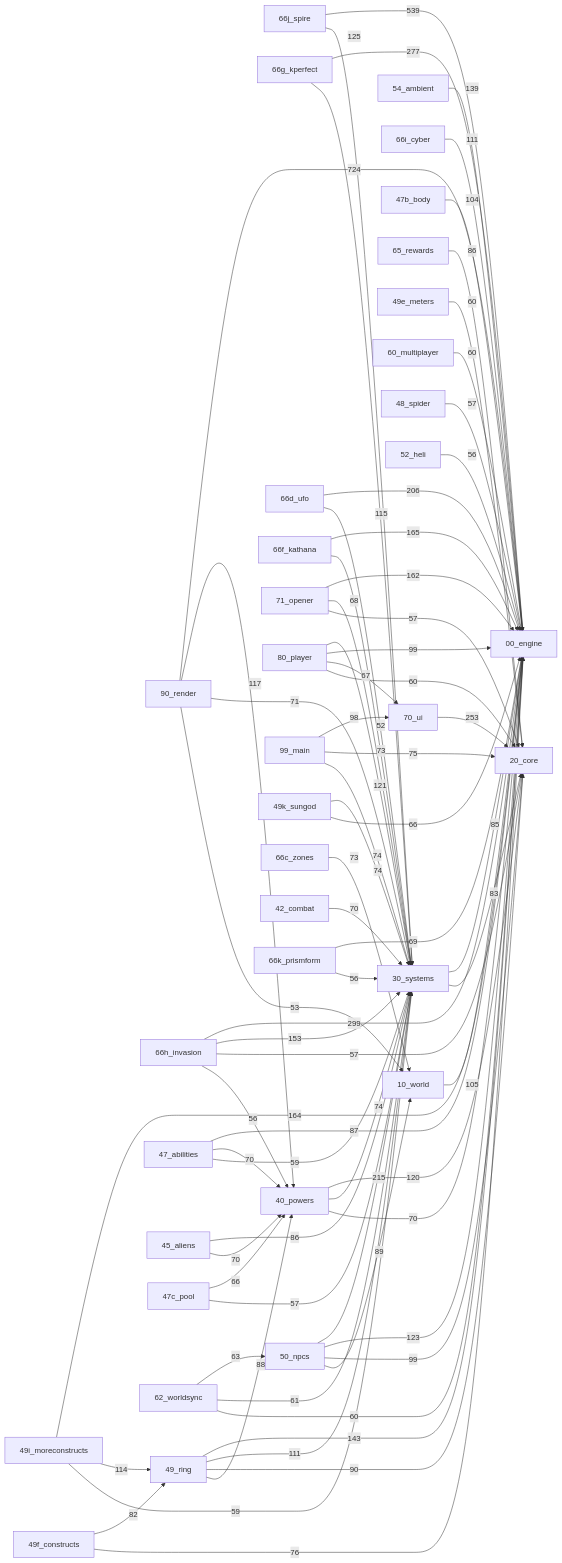
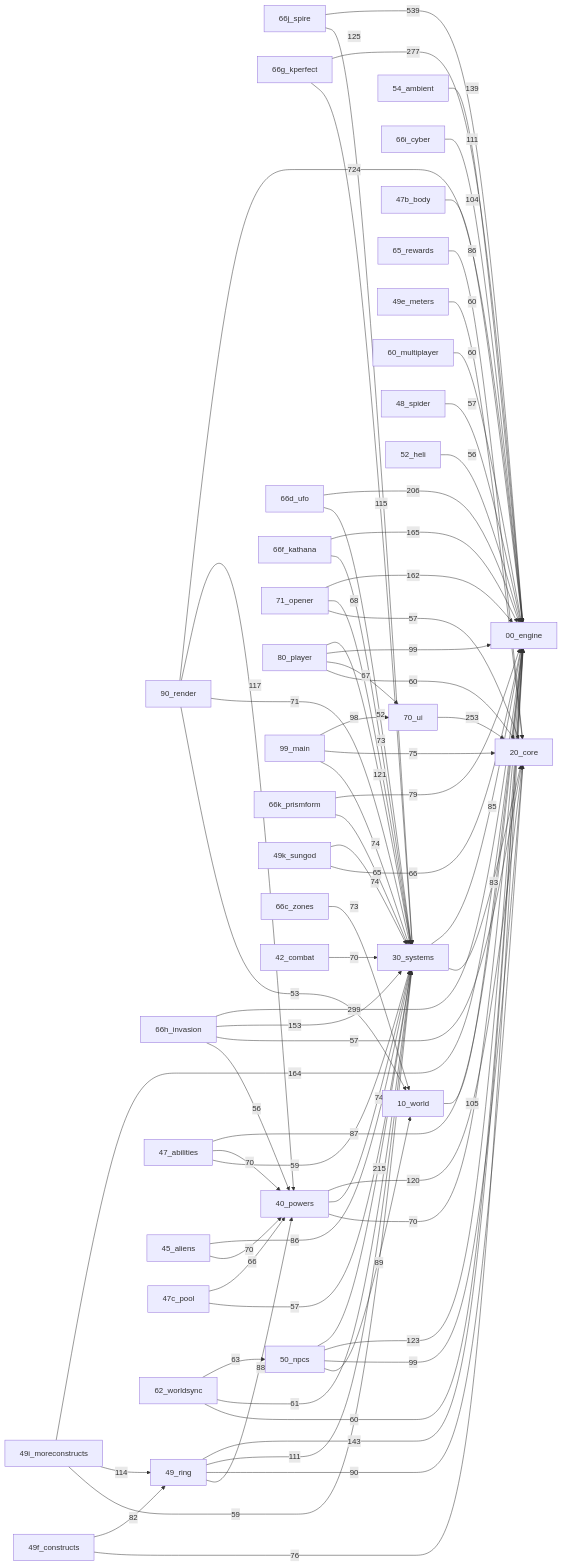
Before and after one commit to karma3241-yes/demo-repo: the diagram in docs/CODEGRAPH.md, drawn with Mermaid. The commit also changed other lines of this file and 4 other files, not shown here.

Commit message:
Rebuild the CrazyGames upload zip (basic launch) and the code graph for the Prism energy rework; the FULL zip is rebuilt but stays untracked

````diff
--- a/docs/CODEGRAPH.md
+++ b/docs/CODEGRAPH.md
@@ -73,73 +73,73 @@
 ```mermaid
 graph LR
   f90_render_js["90_render"] -->|724| f00_engine_js["00_engine"]
   f66j_spire_js["66j_spire"] -->|539| f00_engine_js["00_engine"]
   f66h_invasion_js["66h_invasion"] -->|299| f00_engine_js["00_engine"]
   f66g_kperfect_js["66g_kperfect"] -->|277| f00_engine_js["00_engine"]
   f70_ui_js["70_ui"] -->|253| f20_core_js["20_core"]
   f50_npcs_js["50_npcs"] -->|215| f30_systems_js["30_systems"]
   f66d_ufo_js["66d_ufo"] -->|206| f00_engine_js["00_engine"]
   f66f_kathana_js["66f_kathana"] -->|165| f00_engine_js["00_engine"]
   f49i_moreconstructs_js["49i_moreconstructs"] -->|164| f00_engine_js["00_engine"]
   f71_opener_js["71_opener"] -->|162| f00_engine_js["00_engine"]
   f66h_invasion_js["66h_invasion"] -->|153| f30_systems_js["30_systems"]
   f49_ring_js["49_ring"] -->|143| f00_engine_js["00_engine"]
   f54_ambient_js["54_ambient"] -->|139| f00_engine_js["00_engine"]
   f66j_spire_js["66j_spire"] -->|125| f30_systems_js["30_systems"]
   f50_npcs_js["50_npcs"] -->|123| f00_engine_js["00_engine"]
   f80_player_js["80_player"] -->|121| f30_systems_js["30_systems"]
   f40_powers_js["40_powers"] -->|120| f20_core_js["20_core"]
   f90_render_js["90_render"] -->|117| f40_powers_js["40_powers"]
   f66g_kperfect_js["66g_kperfect"] -->|115| f30_systems_js["30_systems"]
   f49i_moreconstructs_js["49i_moreconstructs"] -->|114| f49_ring_js["49_ring"]
   f49_ring_js["49_ring"] -->|111| f30_systems_js["30_systems"]
   f66i_cyber_js["66i_cyber"] -->|111| f00_engine_js["00_engine"]
   f10_world_js["10_world"] -->|105| f00_engine_js["00_engine"]
   f47b_body_js["47b_body"] -->|104| f00_engine_js["00_engine"]
   f50_npcs_js["50_npcs"] -->|99| f20_core_js["20_core"]
   f80_player_js["80_player"] -->|99| f00_engine_js["00_engine"]
   f99_main_js["99_main"] -->|98| f70_ui_js["70_ui"]
   f49_ring_js["49_ring"] -->|90| f20_core_js["20_core"]
   f50_npcs_js["50_npcs"] -->|89| f10_world_js["10_world"]
   f49_ring_js["49_ring"] -->|88| f40_powers_js["40_powers"]
   f47_abilities_js["47_abilities"] -->|87| f00_engine_js["00_engine"]
   f45_aliens_js["45_aliens"] -->|86| f30_systems_js["30_systems"]
   f65_rewards_js["65_rewards"] -->|86| f20_core_js["20_core"]
   f30_systems_js["30_systems"] -->|85| f00_engine_js["00_engine"]
   f30_systems_js["30_systems"] -->|83| f20_core_js["20_core"]
   f49f_constructs_js["49f_constructs"] -->|82| f49_ring_js["49_ring"]
+  f66k_prismform_js["66k_prismform"] -->|79| f00_engine_js["00_engine"]
   f49f_constructs_js["49f_constructs"] -->|76| f00_engine_js["00_engine"]
   f99_main_js["99_main"] -->|75| f20_core_js["20_core"]
   f40_powers_js["40_powers"] -->|74| f30_systems_js["30_systems"]
   f49k_sungod_js["49k_sungod"] -->|74| f30_systems_js["30_systems"]
   f99_main_js["99_main"] -->|74| f30_systems_js["30_systems"]
   f66c_zones_js["66c_zones"] -->|73| f10_world_js["10_world"]
   f66f_kathana_js["66f_kathana"] -->|73| f30_systems_js["30_systems"]
   f90_render_js["90_render"] -->|71| f30_systems_js["30_systems"]
   f40_powers_js["40_powers"] -->|70| f00_engine_js["00_engine"]
   f42_combat_js["42_combat"] -->|70| f30_systems_js["30_systems"]
   f45_aliens_js["45_aliens"] -->|70| f40_powers_js["40_powers"]
   f47_abilities_js["47_abilities"] -->|70| f40_powers_js["40_powers"]
-  f66k_prismform_js["66k_prismform"] -->|69| f00_engine_js["00_engine"]
   f71_opener_js["71_opener"] -->|68| f30_systems_js["30_systems"]
   f80_player_js["80_player"] -->|67| f70_ui_js["70_ui"]
   f47c_pool_js["47c_pool"] -->|66| f40_powers_js["40_powers"]
   f49k_sungod_js["49k_sungod"] -->|66| f00_engine_js["00_engine"]
+  f66k_prismform_js["66k_prismform"] -->|65| f30_systems_js["30_systems"]
   f62_worldsync_js["62_worldsync"] -->|63| f50_npcs_js["50_npcs"]
   f62_worldsync_js["62_worldsync"] -->|61| f30_systems_js["30_systems"]
   f49e_meters_js["49e_meters"] -->|60| f20_core_js["20_core"]
   f60_multiplayer_js["60_multiplayer"] -->|60| f00_engine_js["00_engine"]
   f62_worldsync_js["62_worldsync"] -->|60| f00_engine_js["00_engine"]
   f80_player_js["80_player"] -->|60| f20_core_js["20_core"]
   f47_abilities_js["47_abilities"] -->|59| f30_systems_js["30_systems"]
   f49i_moreconstructs_js["49i_moreconstructs"] -->|59| f30_systems_js["30_systems"]
   f47c_pool_js["47c_pool"] -->|57| f30_systems_js["30_systems"]
   f48_spider_js["48_spider"] -->|57| f00_engine_js["00_engine"]
   f66h_invasion_js["66h_invasion"] -->|57| f20_core_js["20_core"]
   f71_opener_js["71_opener"] -->|57| f20_core_js["20_core"]
   f52_heli_js["52_heli"] -->|56| f00_engine_js["00_engine"]
   f66h_invasion_js["66h_invasion"] -->|56| f40_powers_js["40_powers"]
-  f66k_prismform_js["66k_prismform"] -->|56| f30_systems_js["30_systems"]
   f90_render_js["90_render"] -->|53| f10_world_js["10_world"]
   f66d_ufo_js["66d_ufo"] -->|52| f30_systems_js["30_systems"]
 ```
````
